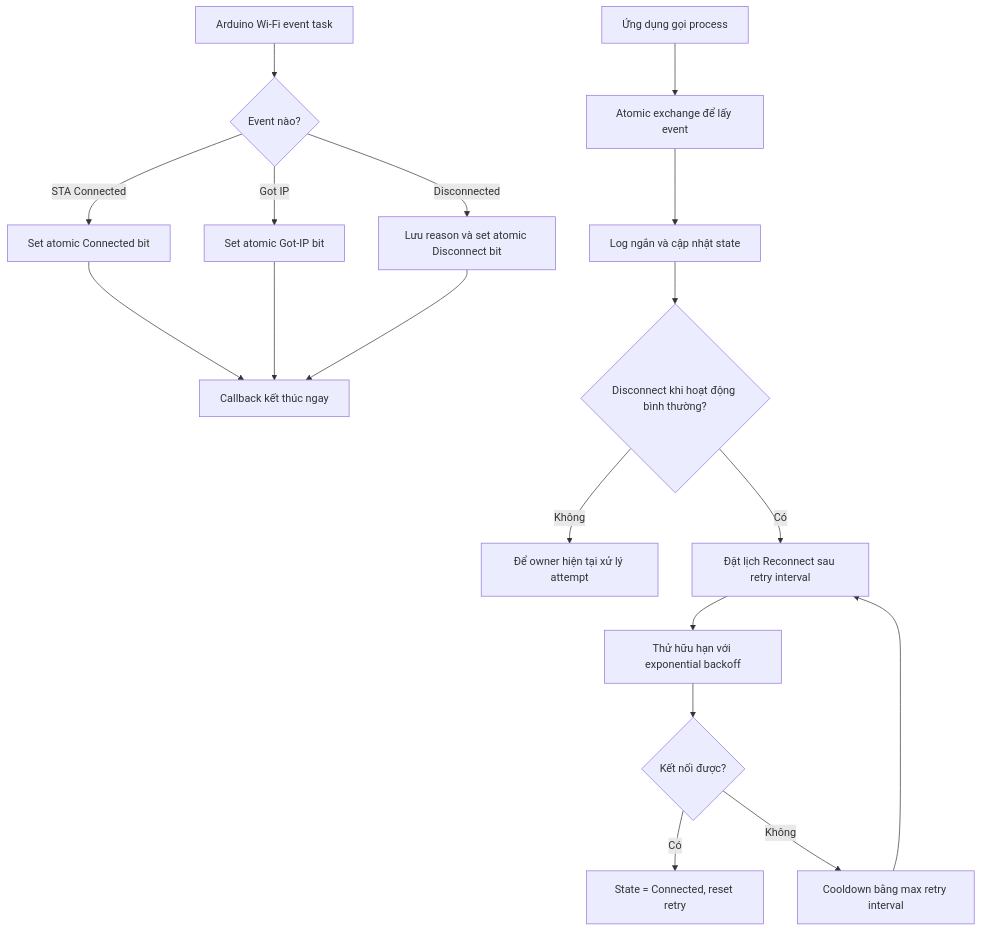
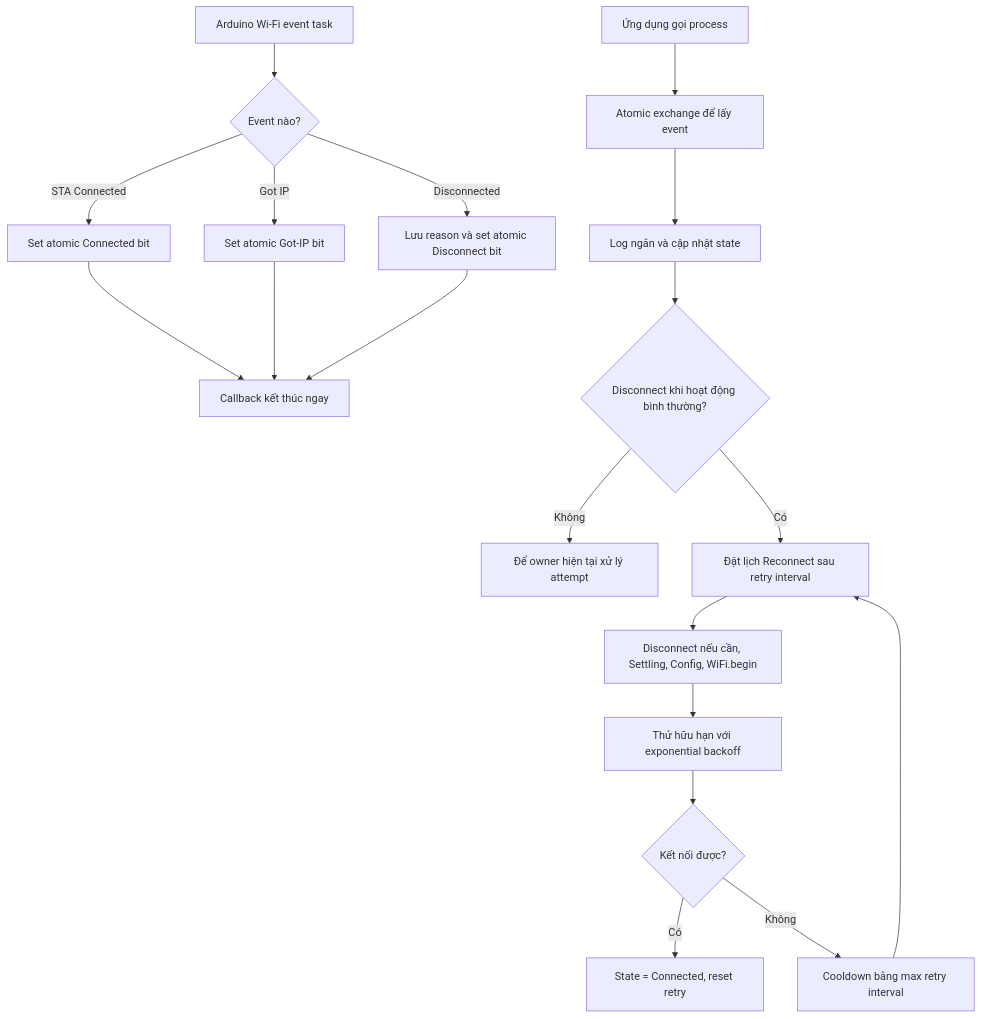
The sixth of 8 diagrams in docs/FlowChart.md (NguyenHien-8/ESP32WiFiPortal), drawn with Mermaid before and after one commit. The commit also changed other lines of this file and 6 other files, not shown here.

````diff
--- a/docs/FlowChart.md
+++ b/docs/FlowChart.md
@@ -111,20 +136,21 @@
 ```mermaid
 flowchart TD
     A[Arduino Wi-Fi event task] --> B{Event nào?}
     B -- STA Connected --> C[Set atomic Connected bit]
     B -- Got IP --> D[Set atomic Got-IP bit]
     B -- Disconnected --> E[Lưu reason và set atomic Disconnect bit]
     C --> F[Callback kết thúc ngay]
     D --> F
     E --> F
     G[Ứng dụng gọi process] --> H[Atomic exchange để lấy event]
     H --> I[Log ngắn và cập nhật state]
     I --> J{Disconnect khi hoạt động bình thường?}
     J -- Không --> K[Để owner hiện tại xử lý attempt]
     J -- Có --> N[Đặt lịch Reconnect sau retry interval]
-    N --> O[Thử hữu hạn với exponential backoff]
+    N --> S[Disconnect nếu cần, Settling, Config, WiFi.begin]
+    S --> O[Thử hữu hạn với exponential backoff]
     O --> P{Kết nối được?}
     P -- Có --> Q[State = Connected, reset retry]
     P -- Không --> R[Cooldown bằng max retry interval]
     R --> N
 ```
````
